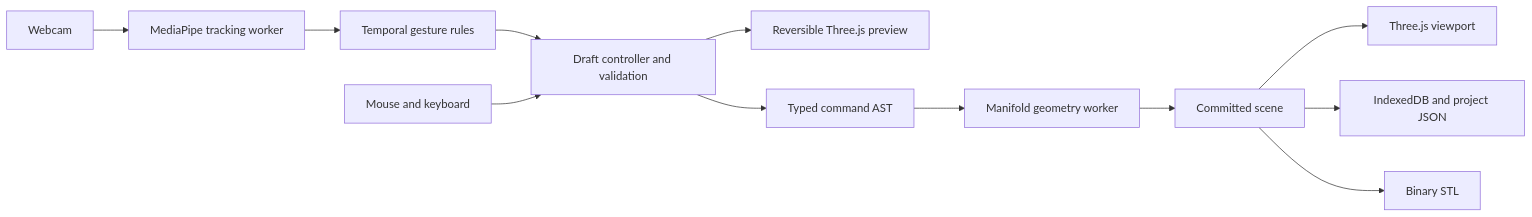
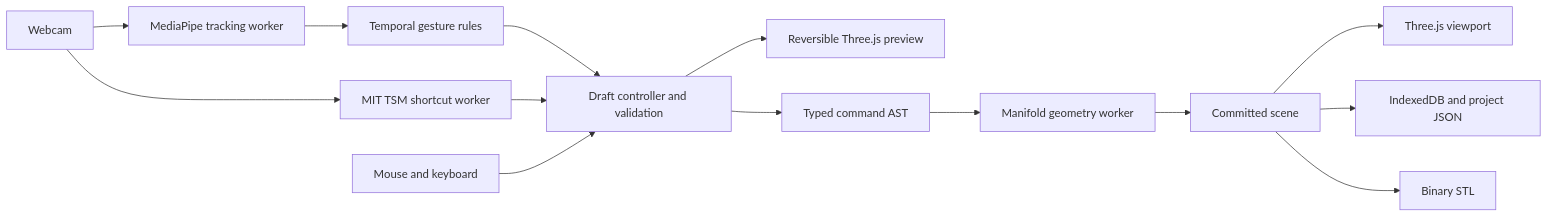
The diagram in README.md (aniketsidhu123/Palmivo), drawn with Mermaid before and after one commit. The commit also changed other lines of this file and 68 other files, not shown here.

Commit message:
MIT TSM Integration with more spatial Gestures

```diff
--- a/README.md
+++ b/README.md
@@ -25,14 +28,16 @@
 ~~~mermaid
 flowchart LR
     Camera[Webcam] --> Tracking[MediaPipe tracking worker]
     Tracking --> Recognition[Temporal gesture rules]
     Recognition --> Controller[Draft controller and validation]
+    Camera --> Shortcuts[MIT TSM shortcut worker]
+    Shortcuts --> Controller
     Inputs[Mouse and keyboard] --> Controller
     Controller --> Preview[Reversible Three.js preview]
     Controller --> AST[Typed command AST]
     AST --> Geometry[Manifold geometry worker]
     Geometry --> Scene[Committed scene]
     Scene --> View[Three.js viewport]
     Scene --> Storage[IndexedDB and project JSON]
     Scene --> Export[Binary STL]
 ~~~
```
